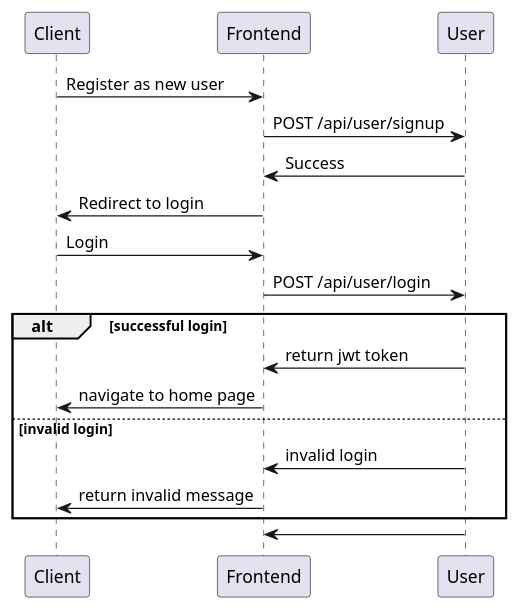
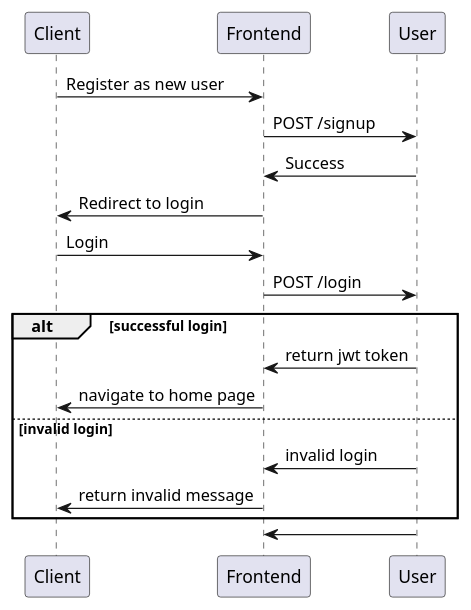
One commit to CS3219-AY2223S1/cs3219-project-ay2223s1-g59 changed the diagram in docs/sequence-diagrams/user-service.puml. Above: the diagram before and after it, drawn with PlantUML.

Commit message:
Update user service apis

```diff
--- a/docs/sequence-diagrams/user-service.puml
+++ b/docs/sequence-diagrams/user-service.puml
@@ -1,16 +1,16 @@
 @startuml
 Client -> Frontend: Register as new user
-Frontend -> User: POST /api/user/signup
+Frontend -> User: POST /signup
 User -> Frontend: Success
 Frontend -> Client: Redirect to login
 Client -> Frontend: Login
-Frontend -> User: POST /api/user/login
+Frontend -> User: POST /login
     alt successful login
     User -> Frontend: return jwt token
     Frontend -> Client: navigate to home page
     else invalid login
     User -> Frontend: invalid login
     Frontend -> Client: return invalid message
     end
 User -> Frontend: 
 @enduml
```
